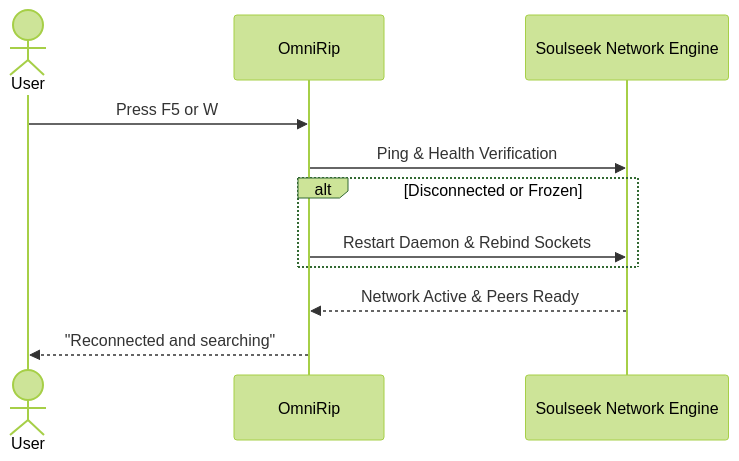
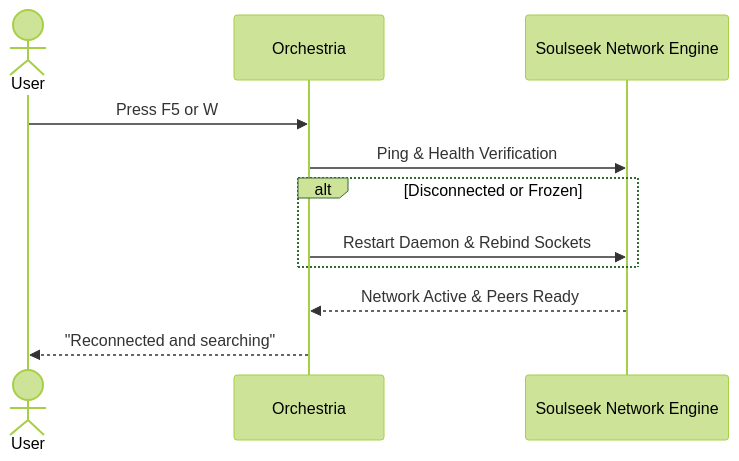
Before and after one commit to abdullah-binmadhi/OmniRip: the fifth of 10 diagrams in README.md, drawn with Mermaid (forest theme). The commit also changed other lines of this file and 77 other files, not shown here.

First line of the commit message:
feat: rebrand OmniRip to Orchestria and fix macOS CI/release runners

````diff
--- a/README.md
+++ b/README.md
@@ -112,13 +112,13 @@
 ```mermaid
 sequenceDiagram
     actor User
-    participant App as OmniRip
+    participant App as Orchestria
     participant Daemon as Soulseek Network Engine
     User->>App: Press F5 or W
     App->>Daemon: Ping & Health Verification
     alt Disconnected or Frozen
         App->>Daemon: Restart Daemon & Rebind Sockets
     end
     Daemon-->>App: Network Active & Peers Ready
     App-->>User: "Reconnected and searching"
 ```
````
